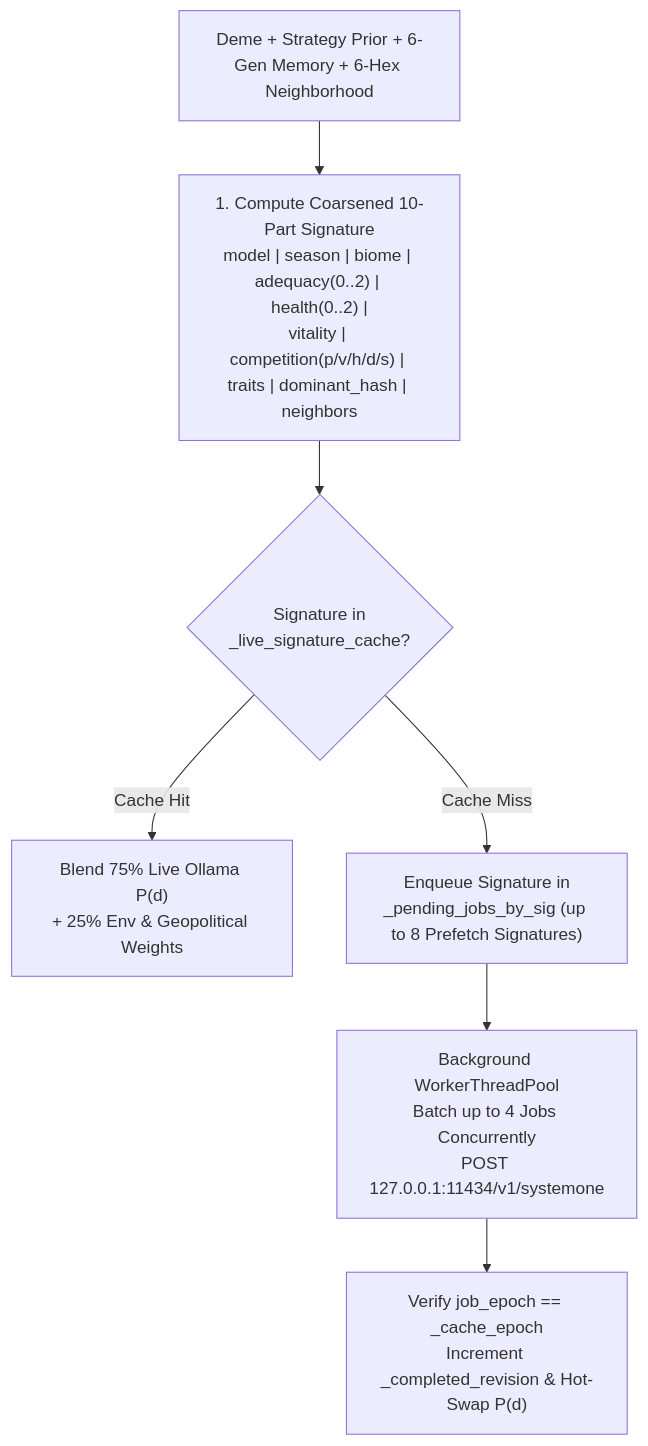
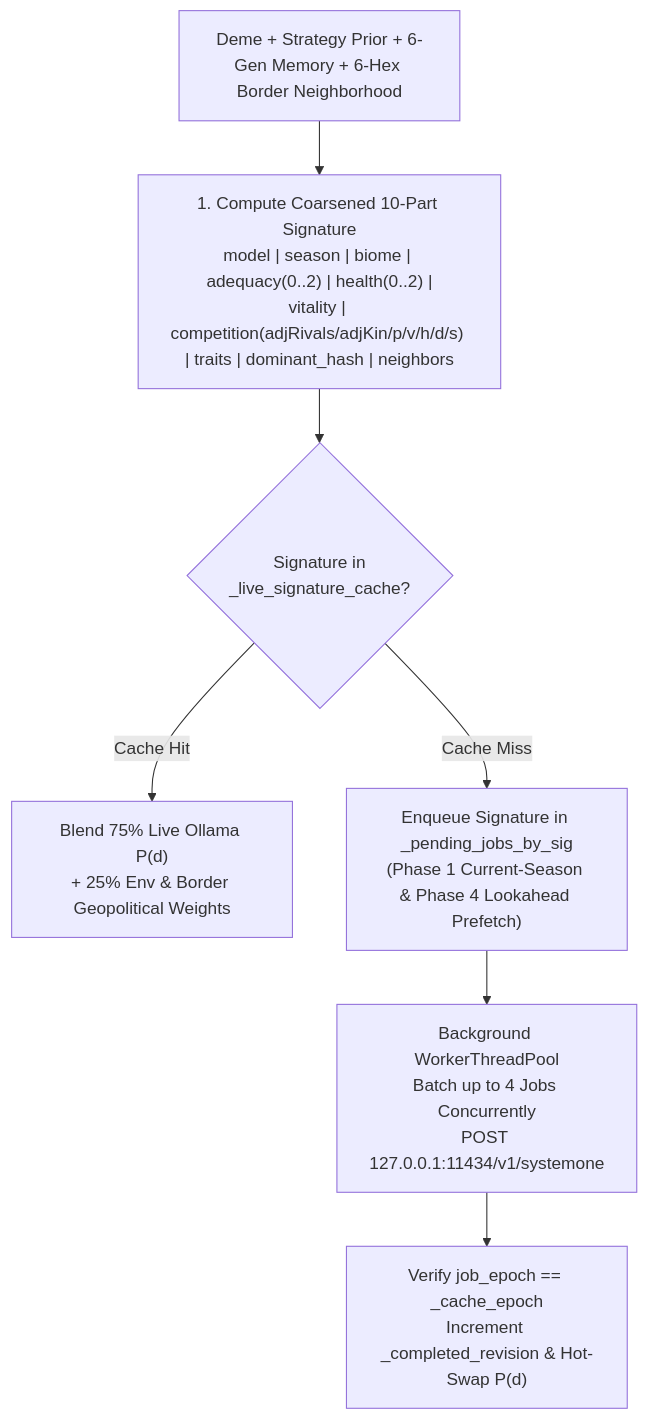
One commit to arrase/Evolution changed the diagram in gh-pages/cognitive_engine.md. Above: the diagram before and after it, drawn with Mermaid. The commit also changed other lines of this file and 34 other files, not shown here.

Commit message:
feat: implement 2.5D vector/shader world renderer, 1-deme-per-hex borders, semantic zoom, and 4-step micro-phase playback

````diff
--- a/gh-pages/cognitive_engine.md
+++ b/gh-pages/cognitive_engine.md
@@ -11,9 +11,9 @@
 ```mermaid
 flowchart TD
-    Deme["Deme + Strategy Prior + 6-Gen Memory + 6-Hex Neighborhood"] --> Sig["1. Compute Coarsened 10-Part Signature\nmodel | season | biome | adequacy(0..2) | health(0..2) |\nvitality | competition(p/v/h/d/s) | traits | dominant_hash | neighbors"]
+    Deme["Deme + Strategy Prior + 6-Gen Memory + 6-Hex Border Neighborhood"] --> Sig["1. Compute Coarsened 10-Part Signature\nmodel | season | biome | adequacy(0..2) | health(0..2) |\nvitality | competition(adjRivals/adjKin/p/v/h/d/s) | traits | dominant_hash | neighbors"]
     Sig --> CacheCheck{"Signature in\n_live_signature_cache?"}
-    CacheCheck -- "Cache Hit" --> Blend["Blend 75% Live Ollama P(d)\n+ 25% Env & Geopolitical Weights"]
-    CacheCheck -- "Cache Miss" --> Queue["Enqueue Signature in\n_pending_jobs_by_sig (up to 8 Prefetch Signatures)"]
+    CacheCheck -- "Cache Hit" --> Blend["Blend 75% Live Ollama P(d)\n+ 25% Env & Border Geopolitical Weights"]
+    CacheCheck -- "Cache Miss" --> Queue["Enqueue Signature in _pending_jobs_by_sig\n(Phase 1 Current-Season & Phase 4 Lookahead Prefetch)"]
     Queue --> Worker["Background WorkerThreadPool\nBatch up to 4 Jobs Concurrently\nPOST 127.0.0.1:11434/v1/systemone"]
     Worker --> HotSwap["Verify job_epoch == _cache_epoch\nIncrement _completed_revision & Hot-Swap P(d)"]
 ```
````
